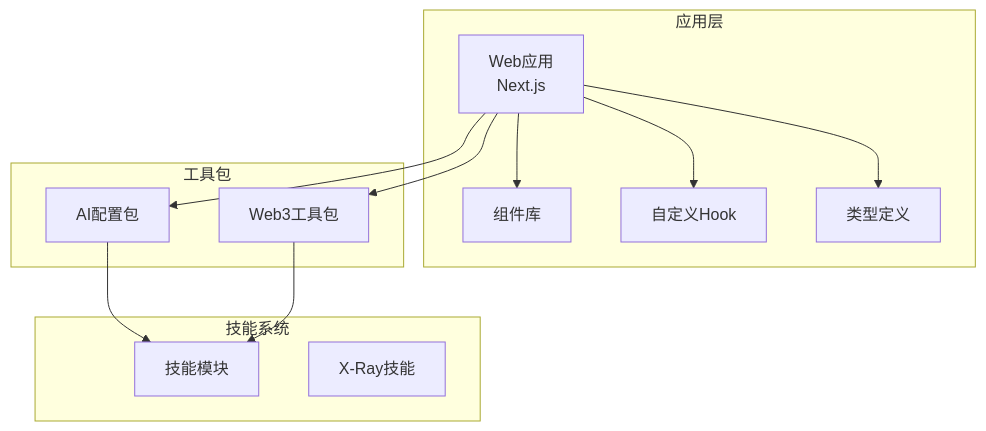
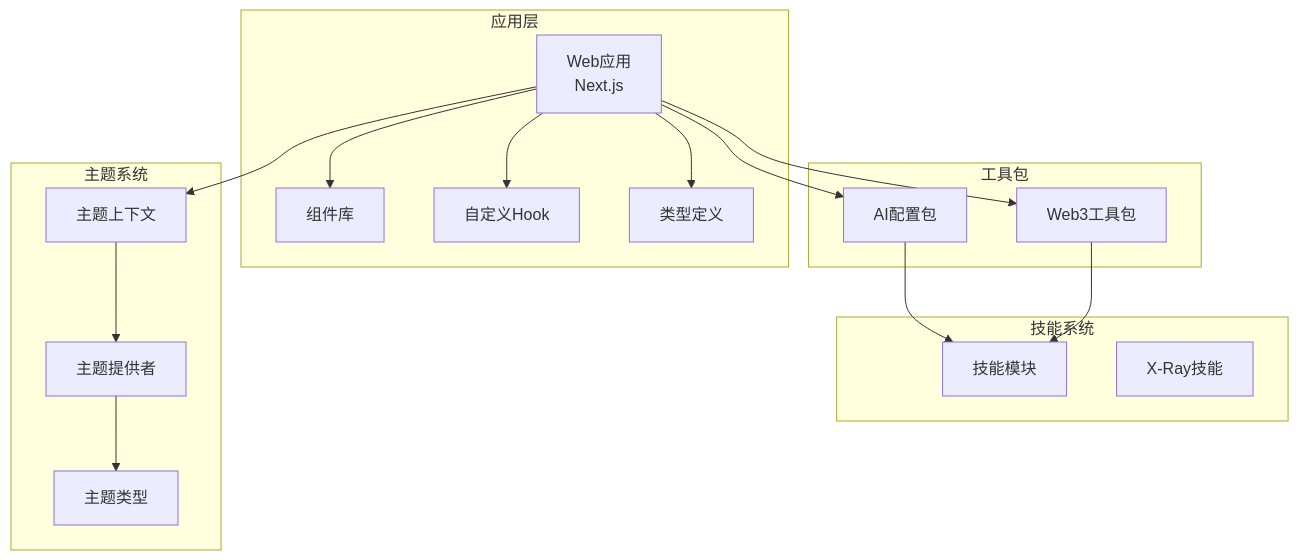
The first of 12 diagrams in .qoder/repowiki/zh/content/项目概述/整体架构概览/Web应用程序/Web3企业风格界面.md (CryptoLinxu/Web3-AI-Agent), drawn with Mermaid before and after one commit. The commit also changed other lines of this file and 11 other files, not shown here.

````diff
--- a/.qoder/repowiki/zh/content/项目概述/整体架构概览/Web应用程序/Web3企业风格界面.md
+++ b/.qoder/repowiki/zh/content/项目概述/整体架构概览/Web应用程序/Web3企业风格界面.md
@@ -51,24 +63,32 @@
 ```mermaid
 graph TB
 subgraph "应用层"
 WebApp[Web应用<br/>Next.js]
 Components[组件库]
 Hooks[自定义Hook]
 Types[类型定义]
 end
 subgraph "工具包"
 AIConfig[AI配置包]
 Web3Tools[Web3工具包]
 end
 subgraph "技能系统"
 Skills[技能模块]
 XRay[X-Ray技能]
 end
+subgraph "主题系统"
+ThemeContext[主题上下文]
+ThemeProvider[主题提供者]
+ThemeTypes[主题类型]
+end
 WebApp --> Components
 WebApp --> Hooks
 WebApp --> Types
 WebApp --> AIConfig
 WebApp --> Web3Tools
+WebApp --> ThemeContext
+ThemeContext --> ThemeProvider
+ThemeProvider --> ThemeTypes
 AIConfig --> Skills
 Web3Tools --> Skills
 ```
````
